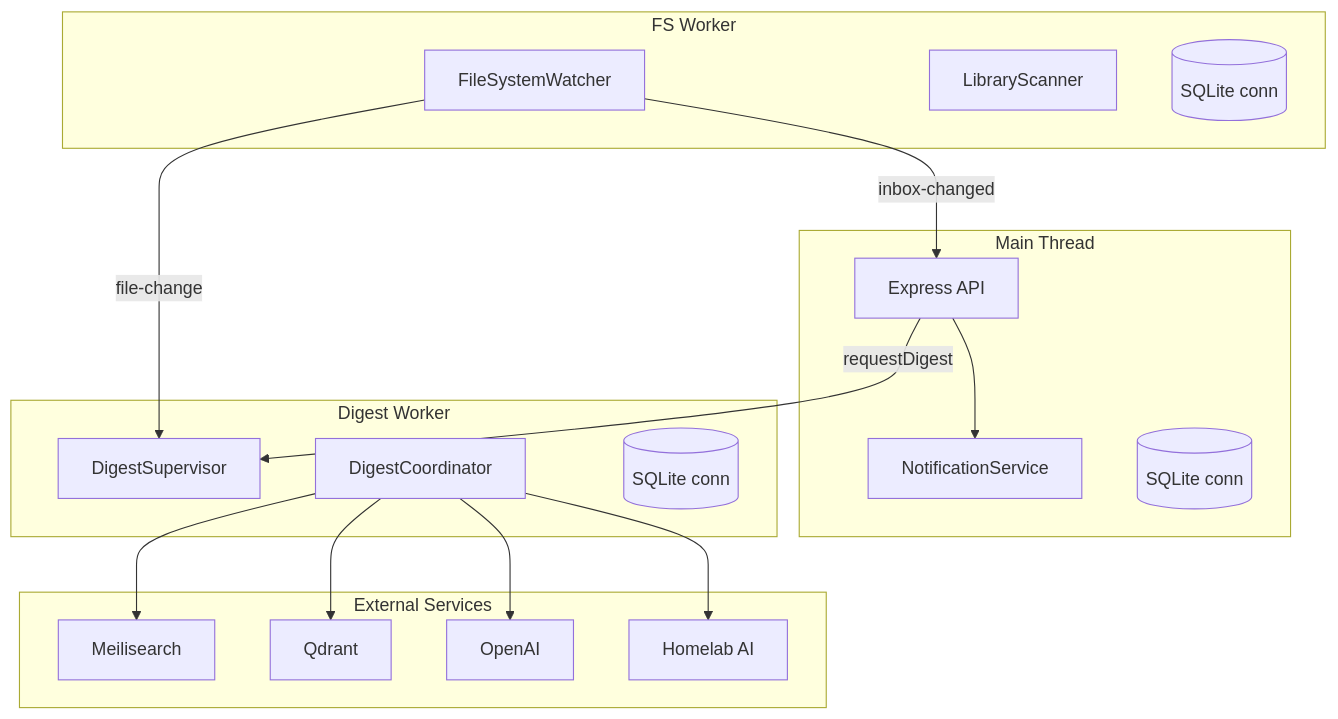
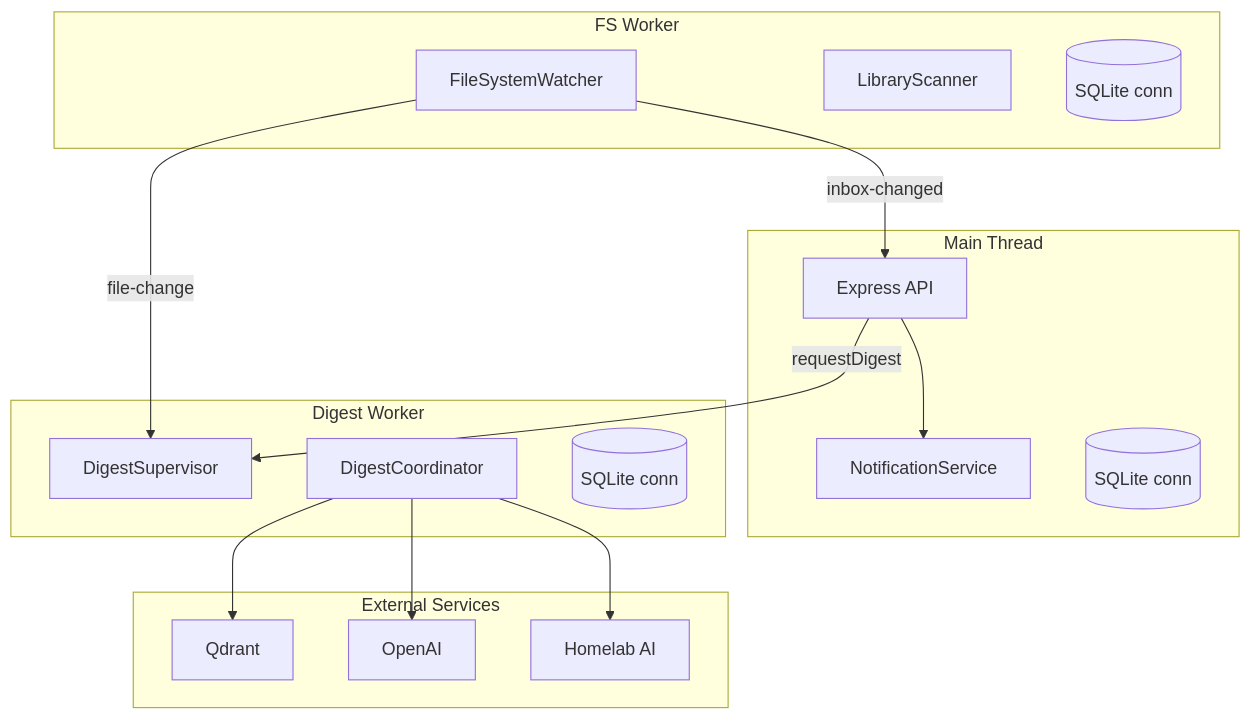
One commit to xiaoyuanzhu-com/my-life-db-docs changed the first of 4 diagrams in src/content/docs/internal/features/worker-thread-architecture.md. Above: the diagram before and after it, drawn with Mermaid. The commit also changed other lines of this file and 17 other files, not shown here.

````diff
--- a/src/content/docs/internal/features/worker-thread-architecture.md
+++ b/src/content/docs/internal/features/worker-thread-architecture.md
@@ -11,37 +11,35 @@
 ```mermaid
 graph TB
     subgraph "Main Thread"
         API[Express API]
         NS[NotificationService]
         DB1[(SQLite conn)]
     end
 
     subgraph "FS Worker"
         FSW[FileSystemWatcher]
         SCAN[LibraryScanner]
         DB2[(SQLite conn)]
     end
 
     subgraph "Digest Worker"
         SUP[DigestSupervisor]
         COORD[DigestCoordinator]
         DB3[(SQLite conn)]
     end
 
     subgraph "External Services"
-        MEILI[Meilisearch]
         QDRANT[Qdrant]
         OPENAI[OpenAI]
         HOMELAB[Homelab AI]
     end
 
     API -->|requestDigest| SUP
     FSW -->|file-change| SUP
     FSW -->|inbox-changed| API
     API --> NS
 
-    COORD --> MEILI
     COORD --> QDRANT
     COORD --> OPENAI
     COORD --> HOMELAB
 ```
````
